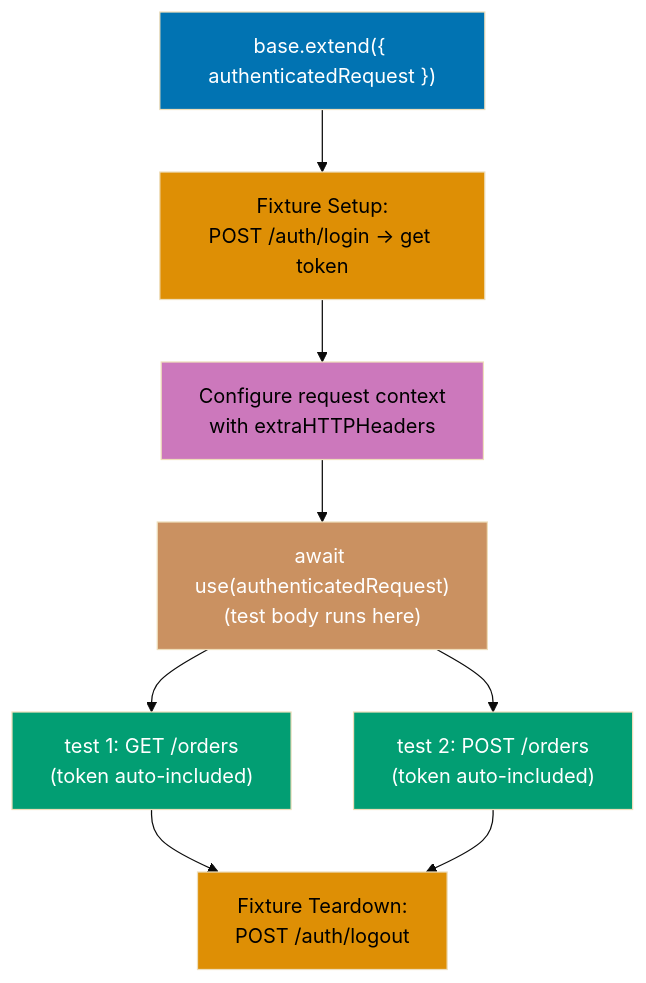
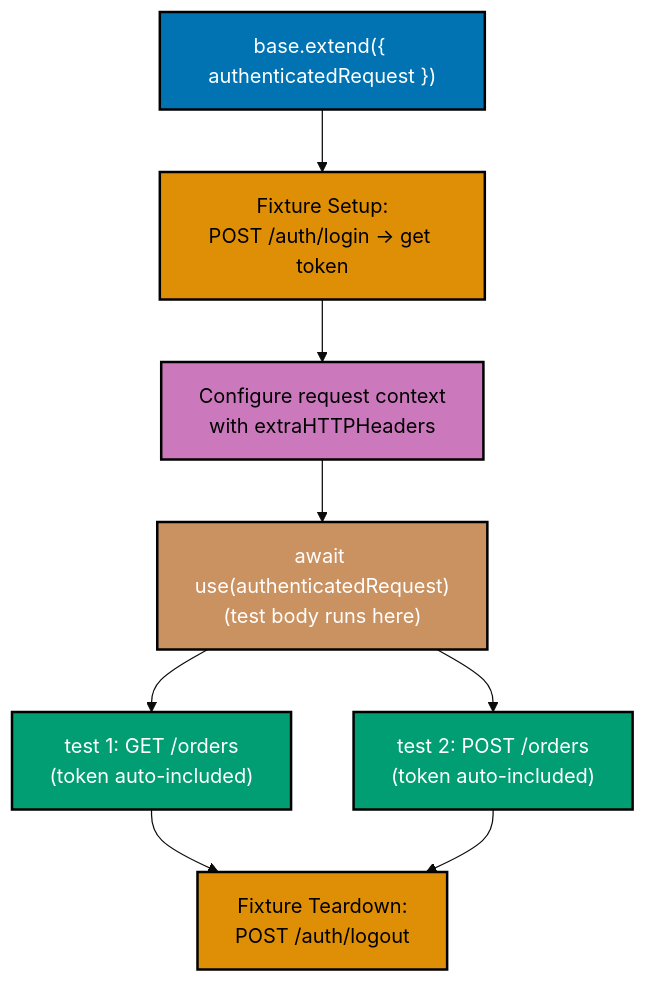
One commit to wahidyankf/open-sharia-enterprise changed the tenth of 15 diagrams in apps/ayokoding-web/content/en/learn/software-engineering/automation-testing/tools/playwright/by-example/intermediate.md. Above: the diagram before and after it, drawn with Mermaid (base theme). The commit also changed other lines of this file and 25 other files, not shown here.

````diff
--- a/apps/ayokoding-web/content/en/learn/software-engineering/automation-testing/tools/playwright/by-example/intermediate.md
+++ b/apps/ayokoding-web/content/en/learn/software-engineering/automation-testing/tools/playwright/by-example/intermediate.md
@@ -1445,19 +1445,19 @@
 ```mermaid
 %% Color Palette: Blue #0173B2, Orange #DE8F05, Teal #029E73, Purple #CC78BC, Brown #CA9161
 graph TD
     Extend["base.extend({ authenticatedRequest })"] --> FixSetup["Fixture Setup:<br/>POST /auth/login → get token"]
     FixSetup --> ConfigReq["Configure request context<br/>with extraHTTPHeaders"]
     ConfigReq --> Use["await use(authenticatedRequest)<br/>(test body runs here)"]
     Use --> Test1["test 1: GET /orders<br/>(token auto-included)"]
     Use --> Test2["test 2: POST /orders<br/>(token auto-included)"]
     Test1 --> Cleanup["Fixture Teardown:<br/>POST /auth/logout"]
     Test2 --> Cleanup
 
-    style Extend fill:#0173B2,color:#fff
-    style FixSetup fill:#DE8F05,color:#000
-    style ConfigReq fill:#CC78BC,color:#000
-    style Use fill:#CA9161,color:#fff
-    style Test1 fill:#029E73,color:#fff
-    style Test2 fill:#029E73,color:#fff
-    style Cleanup fill:#DE8F05,color:#000
+    style Extend fill:#0173B2,stroke:#000000,stroke-width:2px,color:#fff
+    style FixSetup fill:#DE8F05,stroke:#000000,stroke-width:2px,color:#000
+    style ConfigReq fill:#CC78BC,stroke:#000000,stroke-width:2px,color:#000
+    style Use fill:#CA9161,stroke:#000000,stroke-width:2px,color:#fff
+    style Test1 fill:#029E73,stroke:#000000,stroke-width:2px,color:#fff
+    style Test2 fill:#029E73,stroke:#000000,stroke-width:2px,color:#fff
+    style Cleanup fill:#DE8F05,stroke:#000000,stroke-width:2px,color:#000
 ```
````
